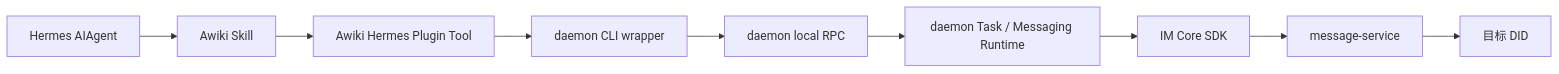
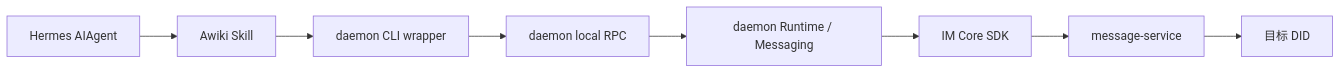
One commit to AgentConnect/awiki-cli-rs2 changed the third of 7 diagrams in crates/awiki-deamon/docs/hermes-plugin/hermes_runtime_plugin_design.md. Above: the diagram before and after it, drawn with Mermaid. The commit also changed other lines of this file, not shown here.

Commit message:
docs: align Hermes runtime plugin design

````diff
--- a/crates/awiki-deamon/docs/hermes-plugin/hermes_runtime_plugin_design.md
+++ b/crates/awiki-deamon/docs/hermes-plugin/hermes_runtime_plugin_design.md
@@ -865,11 +736,10 @@
 ```mermaid
 flowchart LR
     H["Hermes AIAgent"] --> S["Awiki Skill"]
-    S --> P["Awiki Hermes Plugin Tool"]
-    P --> C["daemon CLI wrapper"]
+    S --> C["daemon CLI wrapper"]
     C --> R["daemon local RPC"]
-    R --> D["daemon Task / Messaging Runtime"]
+    R --> D["daemon Runtime / Messaging"]
     D --> I["IM Core SDK"]
     I --> M["message-service"]
     M --> T["目标 DID"]
 ```
````
